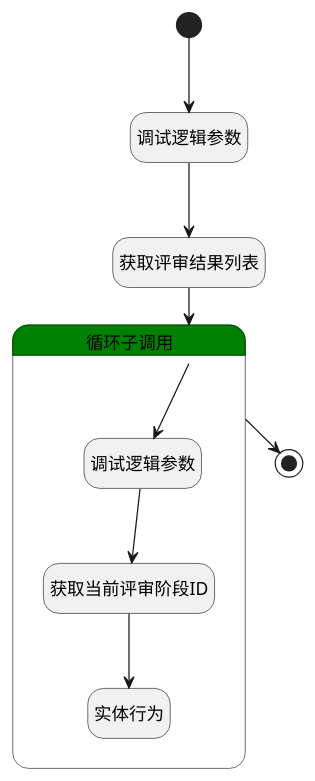
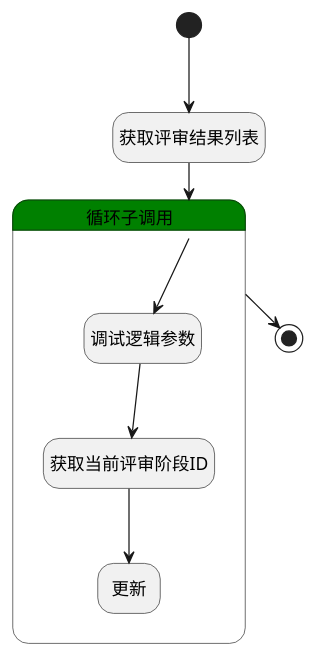
The diagram in doc/docsify/module/TestMgmt/review_content/logic/set_review_result.md (iBizLab/plm), drawn with PlantUML before and after one commit. The commit also changed other lines of this file and 1778 other files, not shown here.

````diff
--- a/doc/docsify/module/TestMgmt/review_content/logic/set_review_result.md
+++ b/doc/docsify/module/TestMgmt/review_content/logic/set_review_result.md
@@ -7,32 +7,30 @@
 ```plantuml
 @startuml
 hide empty description
 <style>
 root {
   HyperlinkColor #42b983
 }
 </style>
 
 hide empty description
 state "开始" as Begin <<start>> [[$./set_review_result#begin {"开始"}]]
-state "调试逻辑参数" as DEBUGPARAM1  [[$./set_review_result#debugparam1 {"调试逻辑参数"}]]
 state "获取评审结果列表" as PREPAREPARAM1  [[$./set_review_result#prepareparam1 {"获取评审结果列表"}]]
 state "结束" as END1 <<end>> [[$./set_review_result#end1 {"结束"}]]
 state "循环子调用" as LOOPSUBCALL1  [[$./set_review_result#loopsubcall1 {"循环子调用"}]] #green {
 state "调试逻辑参数" as DEBUGPARAM2  [[$./set_review_result#debugparam2 {"调试逻辑参数"}]]
 state "获取当前评审阶段ID" as PREPAREPARAM2  [[$./set_review_result#prepareparam2 {"获取当前评审阶段ID"}]]
-state "实体行为" as DEACTION1  [[$./set_review_result#deaction1 {"实体行为"}]]
+state "更新" as DEACTION1  [[$./set_review_result#deaction1 {"更新"}]]
 }
 
 
-Begin --> DEBUGPARAM1
-DEBUGPARAM1 --> PREPAREPARAM1
+Begin --> PREPAREPARAM1
 PREPAREPARAM1 --> LOOPSUBCALL1
 LOOPSUBCALL1 --> DEBUGPARAM2
 DEBUGPARAM2 --> PREPAREPARAM2
 PREPAREPARAM2 --> DEACTION1
 LOOPSUBCALL1 --> END1
 
 
 @enduml
 ```
````
